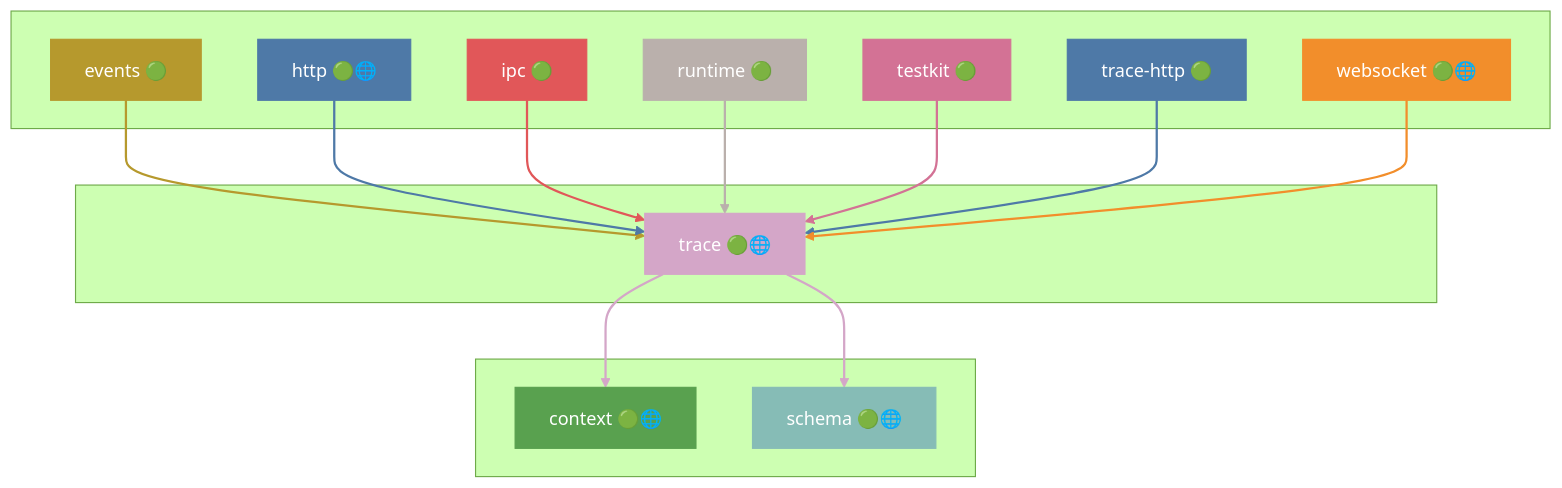
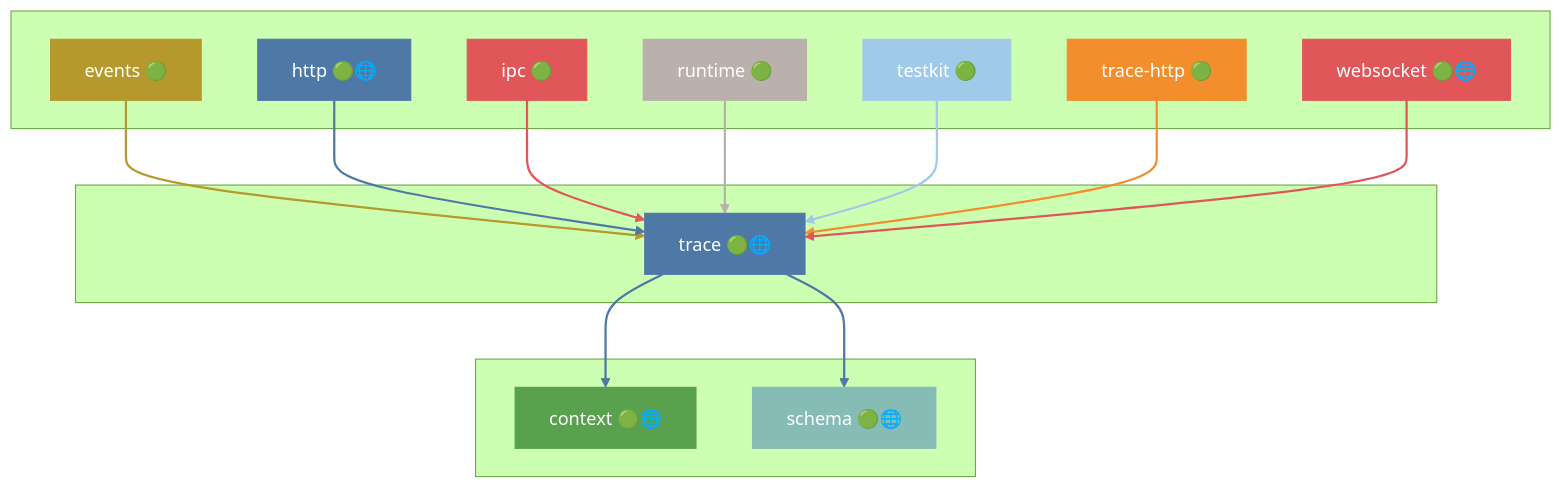
One commit to grest-ts/grest-ts changed diagram 38 of 41 in docs/DEPENDENCIES.md. Above: the diagram before and after it, drawn with Mermaid (forest theme). The commit also changed other lines of this file and 31 other files, not shown here.

````diff
--- a/docs/DEPENDENCIES.md
+++ b/docs/DEPENDENCIES.md
@@ -1721,47 +1733,47 @@
 ```mermaid
 flowchart TB
     subgraph Dependents[" "]
         events["events 🟢"]
         http["http 🟢🌐"]
         ipc["ipc 🟢"]
         runtime["runtime 🟢"]
         testkit["testkit 🟢"]
         trace-http["trace-http 🟢"]
         websocket["websocket 🟢🌐"]
     end
     subgraph Package[" "]
         trace["trace 🟢🌐"]
     end
     subgraph Dependencies[" "]
         context["context 🟢🌐"]
         schema["schema 🟢🌐"]
     end
     events --> trace
     http --> trace
     ipc --> trace
     runtime --> trace
     testkit --> trace
     trace-http --> trace
     websocket --> trace
     trace --> context
     trace --> schema
-    style trace fill:#D4A6C8,stroke:#D4A6C8,color:#fff
+    style trace fill:#4E79A7,stroke:#4E79A7,color:#fff
     style events fill:#B6992D,stroke:#B6992D,color:#fff
     style http fill:#4E79A7,stroke:#4E79A7,color:#fff
     style ipc fill:#E15759,stroke:#E15759,color:#fff
     style runtime fill:#BAB0AC,stroke:#BAB0AC,color:#fff
-    style testkit fill:#D37295,stroke:#D37295,color:#fff
-    style trace-http fill:#4E79A7,stroke:#4E79A7,color:#fff
-    style websocket fill:#F28E2B,stroke:#F28E2B,color:#fff
+    style testkit fill:#A0CBE8,stroke:#A0CBE8,color:#fff
+    style trace-http fill:#F28E2B,stroke:#F28E2B,color:#fff
+    style websocket fill:#E15759,stroke:#E15759,color:#fff
     style context fill:#59A14F,stroke:#59A14F,color:#fff
     style schema fill:#86BCB6,stroke:#86BCB6,color:#fff
     linkStyle 0 stroke:#B6992D,stroke-width:2px
     linkStyle 1 stroke:#4E79A7,stroke-width:2px
     linkStyle 2 stroke:#E15759,stroke-width:2px
     linkStyle 3 stroke:#BAB0AC,stroke-width:2px
-    linkStyle 4 stroke:#D37295,stroke-width:2px
-    linkStyle 5 stroke:#4E79A7,stroke-width:2px
-    linkStyle 6 stroke:#F28E2B,stroke-width:2px
-    linkStyle 7 stroke:#D4A6C8,stroke-width:2px
-    linkStyle 8 stroke:#D4A6C8,stroke-width:2px
+    linkStyle 4 stroke:#A0CBE8,stroke-width:2px
+    linkStyle 5 stroke:#F28E2B,stroke-width:2px
+    linkStyle 6 stroke:#E15759,stroke-width:2px
+    linkStyle 7 stroke:#4E79A7,stroke-width:2px
+    linkStyle 8 stroke:#4E79A7,stroke-width:2px
 ```
````
